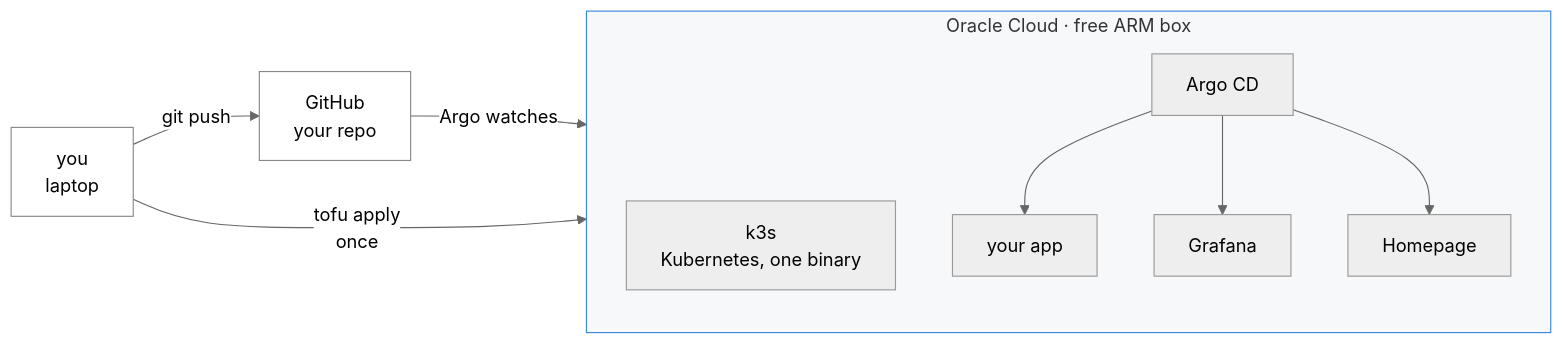
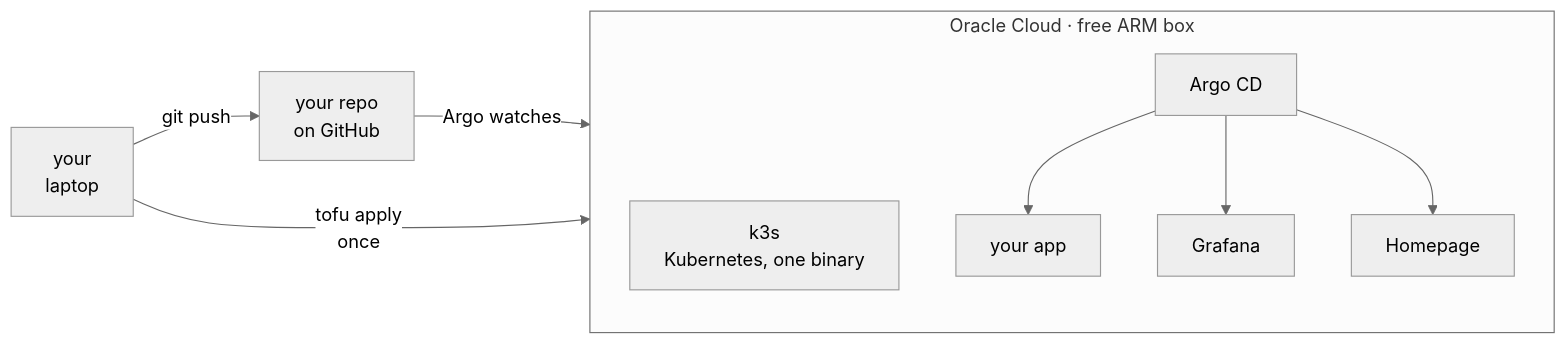
The first of 2 diagrams in README.md (adirbd/oci-k3s-starter), drawn with Mermaid (neutral theme) before and after one commit. The commit also changed other lines of this file and 1 other file, not shown here.

Commit message:
docs: diagram labels that read as English, in both GitHub themes (#48)
Two things the rendered README showed that the source hides:

- "you laptop" and "GitHub your repo" — mermaid <br/> labels compressed
  past grammar. Now "your laptop" and "your repo on GitHub"
- the hardcoded light fills made the "Oracle Cloud · free ARM box"
  subgraph title unreadable in dark mode (light text on a forced-light
  box). Dropped all hardcoded diagram colors, here and in rung 2 —
  GitHub renders mermaid in the viewer's theme, and the theme knows best

Swept every other <br/> label and the prose for the same classes;
nothing else found.

````diff
--- a/README.md
+++ b/README.md
@@ -43,19 +43,15 @@
 ```mermaid
 flowchart LR
-    You["you<br/>laptop"] -- "git push" --> GH["GitHub<br/>your repo"]
+    You["your<br/>laptop"] -- "git push" --> GH["your repo<br/>on GitHub"]
     You -- "tofu apply<br/>once" --> OCI
 
     subgraph OCI["Oracle Cloud · free ARM box"]
         direction TB
         K3S["k3s<br/>Kubernetes, one binary"]
         Argo["Argo CD"] --> App["your app"]
         Argo --> Graf["Grafana"]
         Argo --> Home["Homepage"]
     end
 
     GH -- "Argo watches" --> Argo
-
-    style OCI fill:#f6f8fa,stroke:#3987e5
-    style You fill:#fff,stroke:#888
-    style GH fill:#fff,stroke:#888
 ```
````
